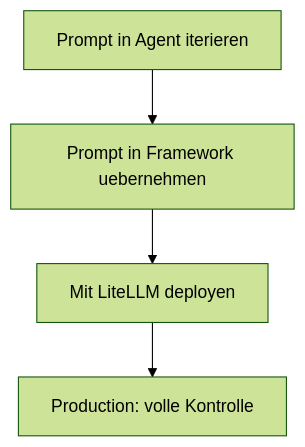
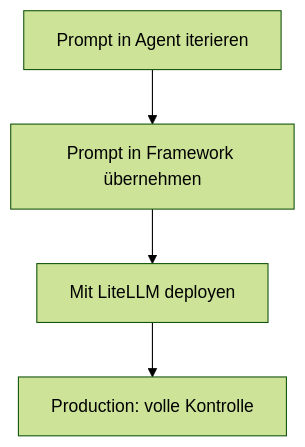
The fourth of 8 diagrams in 01-agentic-foundations/agent-vs-framework.md (soenkelange/ai-lab-3-agentic-programming), drawn with Mermaid (forest theme) before and after one commit. The commit also changed other lines of this file and 31 other files, not shown here.

````diff
--- a/01-agentic-foundations/agent-vs-framework.md
+++ b/01-agentic-foundations/agent-vs-framework.md
@@ -96,6 +96,6 @@
 ```mermaid
 flowchart TD
-    A[Prompt in Agent iterieren] --> B[Prompt in Framework uebernehmen]
+    A[Prompt in Agent iterieren] --> B[Prompt in Framework übernehmen]
     B --> C[Mit LiteLLM deployen]
     C --> D[Production: volle Kontrolle]
 ```
````
